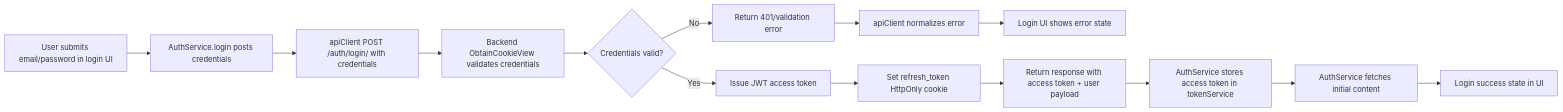
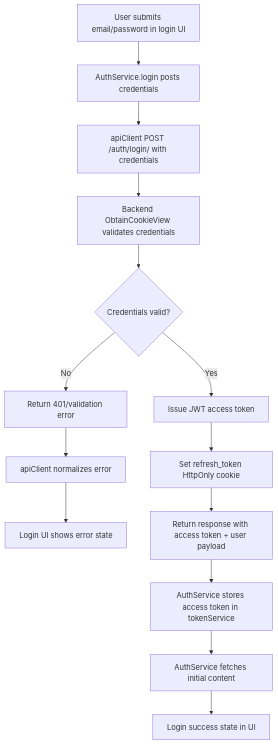
The second of 2 diagrams in docs/mermaid-flowcharts.md (kal-kyokya/Futtech-Django), drawn with Mermaid before and after one commit. The commit also changed other lines of this file and 2 other files, not shown here.

````diff
--- a/docs/mermaid-flowcharts.md
+++ b/docs/mermaid-flowcharts.md
@@ -3,17 +10,17 @@
 ```mermaid
-flowchart LR
+flowchart TD
 	  A[User submits email/password in login UI] --> B[AuthService.login posts credentials]
 	  B --> C[apiClient POST /auth/login/ with credentials]
 	  C --> D[Backend ObtainCookieView validates credentials]
 	  D --> E{Credentials valid?}
 	  E -- No --> F[Return 401/validation error]
 	  F --> G[apiClient normalizes error]
 	  G --> H[Login UI shows error state]
 
 	  E -- Yes --> I[Issue JWT access token]
 	  I --> J[Set refresh_token HttpOnly cookie]
 	  J --> K[Return response with access token + user payload]
 	  K --> L[AuthService stores access token in tokenService]
 	  L --> M[AuthService fetches initial content]
 	  M --> N[Login success state in UI]
 ```
````
